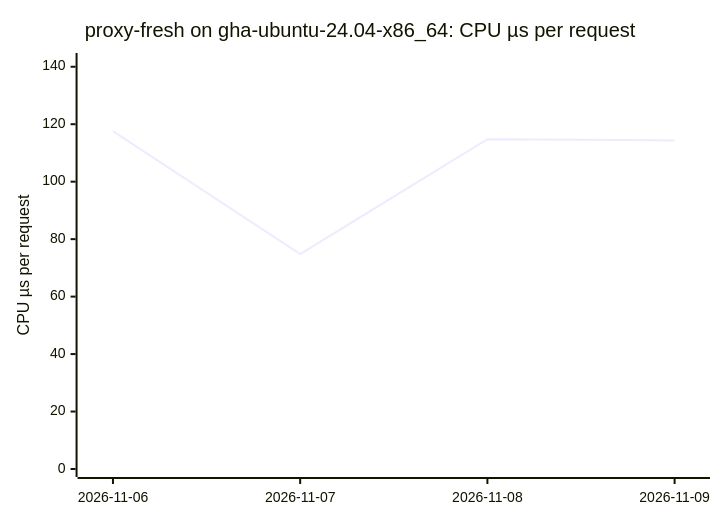
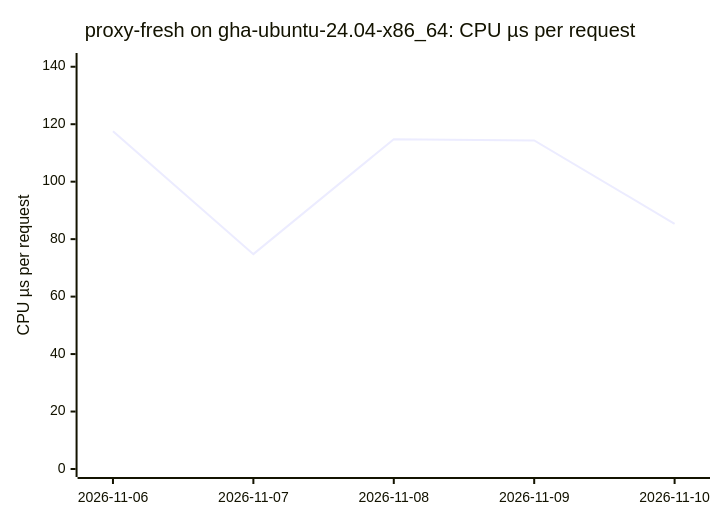
The fifth of 18 diagrams in BENCHMARKS.md (ThePixelPilgrim/durchlauferhitzer), drawn with Mermaid before and after one commit. The commit also changed other lines of this file and 1 other file, not shown here.

````diff
--- a/BENCHMARKS.md
+++ b/BENCHMARKS.md
@@ -66,7 +66,7 @@
 ```mermaid
 xychart-beta
   title "proxy-fresh on gha-ubuntu-24.04-x86_64: CPU µs per request"
-  x-axis ["2026-11-06", "2026-11-07", "2026-11-08", "2026-11-09"]
+  x-axis ["2026-11-06", "2026-11-07", "2026-11-08", "2026-11-09", "2026-11-10"]
   y-axis "CPU µs per request" 0 --> 142
-  line [117.55, 74.78, 114.80, 114.37]
+  line [117.55, 74.78, 114.80, 114.37, 85.35]
 ```
````
